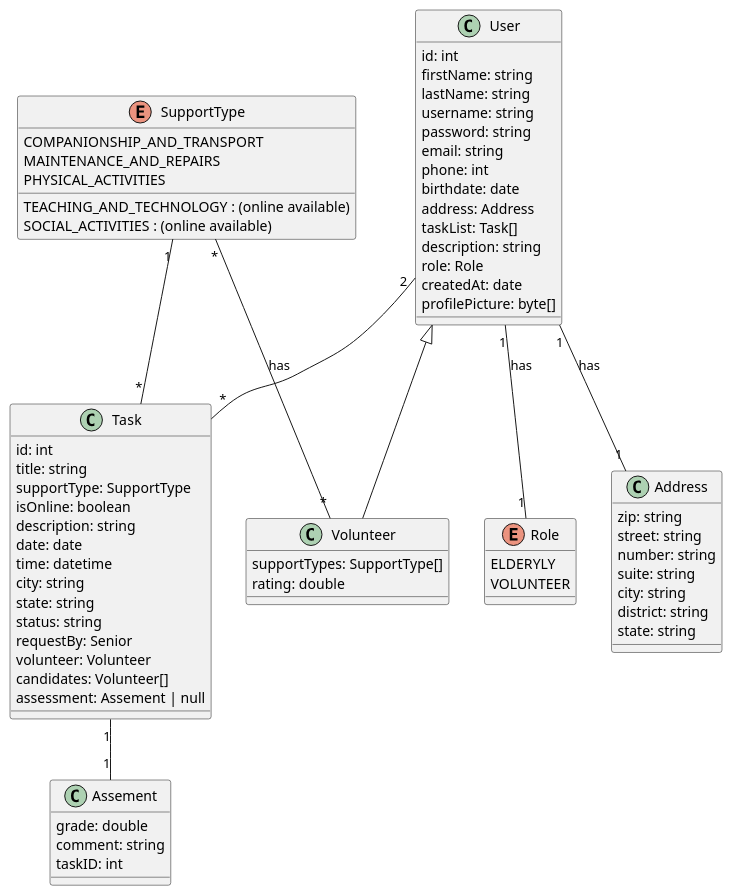
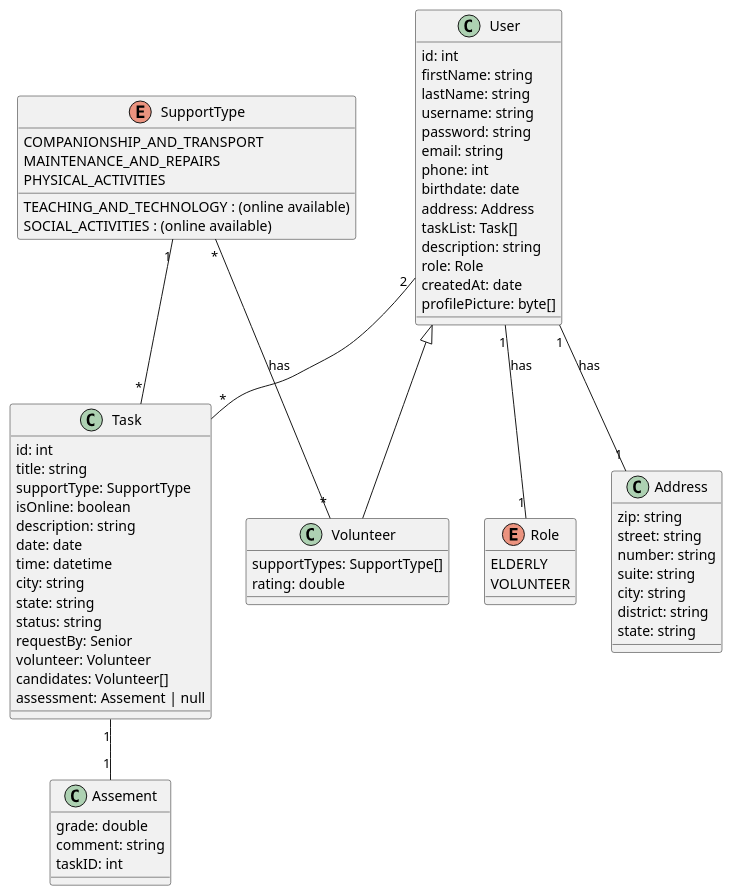
One commit to StartDB/db-desafio-rachel-gustavo changed the diagram in Diagrama.puml. Above: the diagram before and after it, drawn with PlantUML.

```diff
--- a/Diagrama.puml
+++ b/Diagrama.puml
@@ -1,78 +1,78 @@
 @startuml
 class User {
   id: int
   firstName: string
   lastName: string
   username: string
   password: string
   email: string
   phone: int
   birthdate: date
   address: Address
   taskList: Task[]
   description: string
   role: Role
   createdAt: date
   profilePicture: byte[]
 }
 
 class Volunteer {
  supportTypes: SupportType[]
  rating: double
 }
 
 class Task {
   id: int
   title: string
   supportType: SupportType
   isOnline: boolean
   description: string
   date: date
   time: datetime
   city: string
   state: string
   status: string
   requestBy: Senior
   volunteer: Volunteer
   candidates: Volunteer[]
   assessment: Assement | null
 }
 
 class Address {
   zip: string
   street: string
   number: string
   suite: string
   city: string
   district: string
   state: string
 }
 
 class Assement {
   grade: double
   comment: string
   taskID: int
 } 
 
 enum Role {
-  ELDERYLY
+  ELDERLY
   VOLUNTEER
 }
 
 enum SupportType {
   COMPANIONSHIP_AND_TRANSPORT
   MAINTENANCE_AND_REPAIRS
   TEACHING_AND_TECHNOLOGY : (online available)
   SOCIAL_ACTIVITIES : (online available)
   PHYSICAL_ACTIVITIES
 }
 
 Task "1" -- "1" Assement
 SupportType "1" -- "*" Task
 SupportType "*" -- "*" Volunteer : has
 User "2" -- "*" Task
 User "1" -- "1" Role : has
 User "1" -- "1" Address : has
 User <|-- Volunteer
 
 @enduml
```
